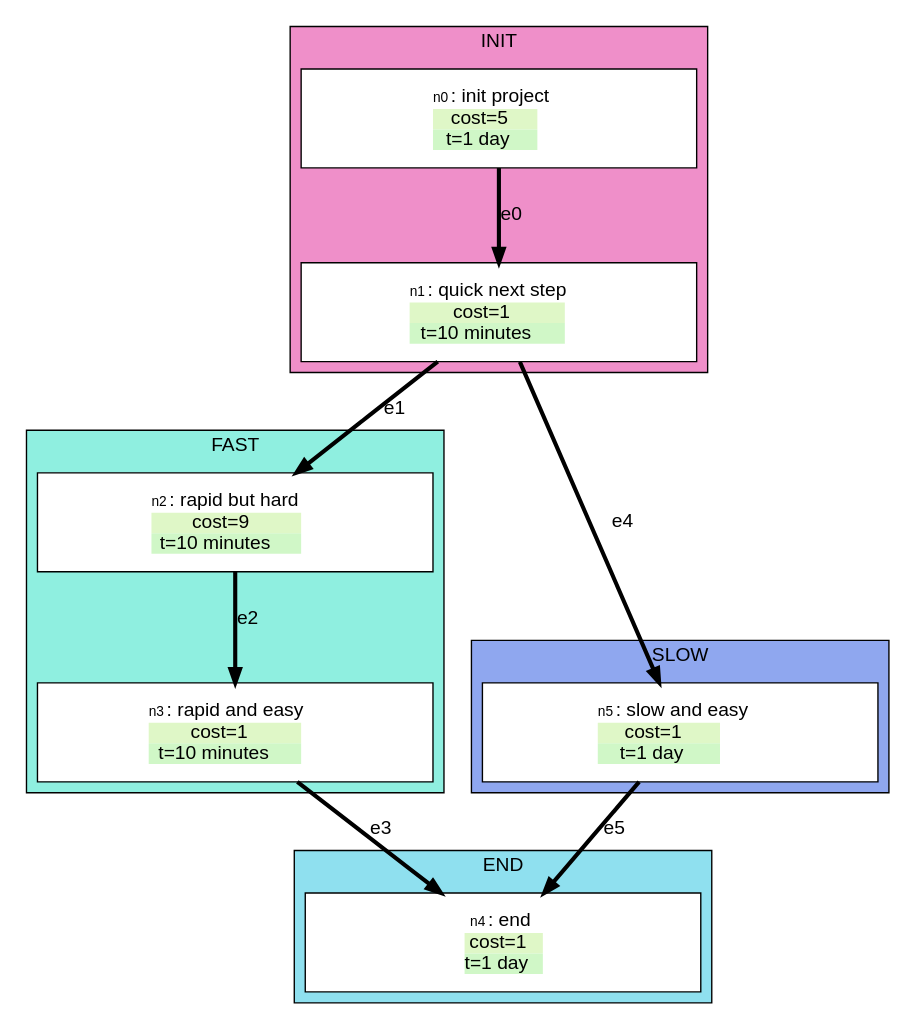
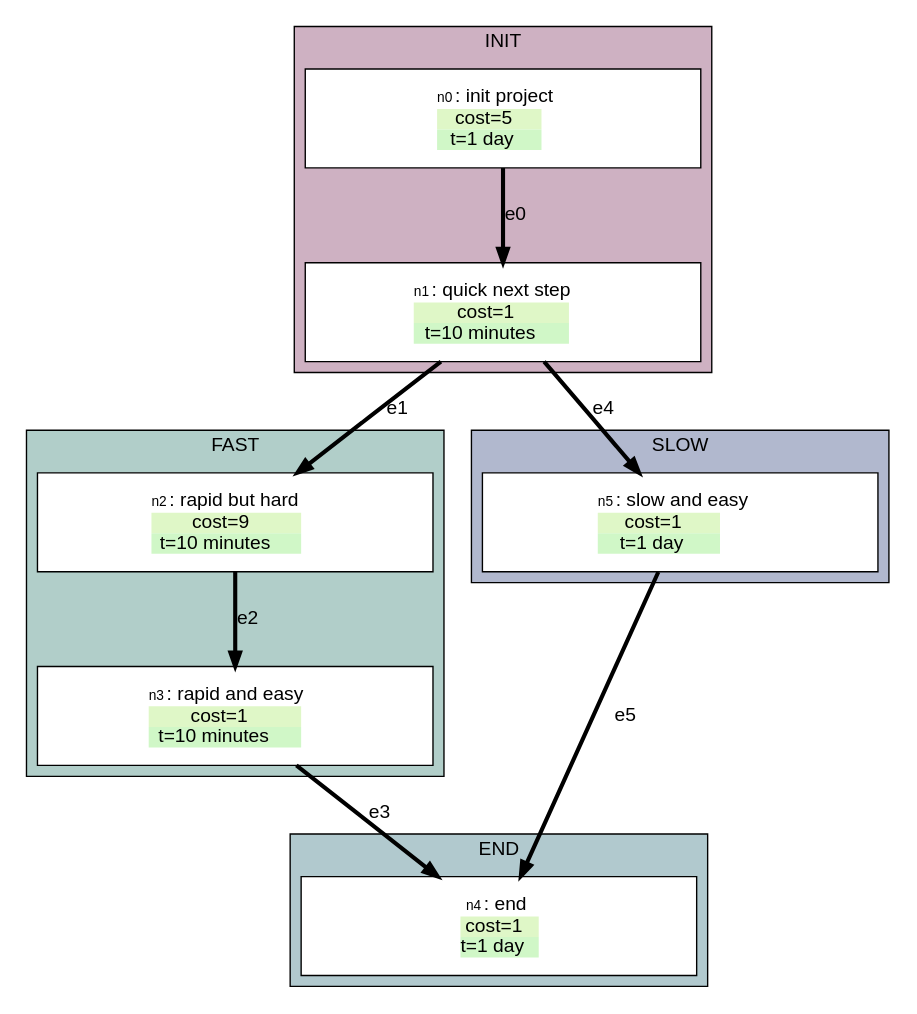
The diagram in examples/variables.dot (stevecooperorg/microdot), drawn with Graphviz before and after one commit. The commit also changed 13 other files, not shown here.

```diff
--- a/examples/variables.dot
+++ b/examples/variables.dot
@@ -1,133 +1,133 @@
 digraph {
 
     graph [fontname = "helvetica" rankdir="TB" ranksep=0.75 nodesep=0.5];
     node [fontname = "helvetica" shape = "box" width=2.5 style=filled];
     edge [fontname = "helvetica" penwidth=3 color="#000000"];
 
+  subgraph cluster_INIT {
+  label="INIT"
+  bgcolor="#CEB1C2"
+    n0 [width=4 height=1 label=< <TABLE BORDER="0" CELLPADDING="0" CELLSPACING="0">
+    <TR>
+        <TD COLSPAN="2"><FONT POINT-SIZE="10">n0</FONT>: init project</TD>
+    </TR>
+    
+        
+           <TR>
+<TD BGCOLOR="#DFF7C7"><FONT COLOR="#000000">cost=5</FONT></TD>
+</TR>
+        
+           <TR>
+<TD BGCOLOR="#D0F7C7"><FONT COLOR="#000000">t=1 day</FONT></TD>
+</TR>
+        
+    
+   </TABLE>
+> fillcolor="#FFFFFF"]
+    n1 [width=4 height=1 label=< <TABLE BORDER="0" CELLPADDING="0" CELLSPACING="0">
+    <TR>
+        <TD COLSPAN="2"><FONT POINT-SIZE="10">n1</FONT>: quick next step</TD>
+    </TR>
+    
+        
+           <TR>
+<TD BGCOLOR="#DFF7C7"><FONT COLOR="#000000">cost=1</FONT></TD>
+</TR>
+        
+           <TR>
+<TD BGCOLOR="#D0F7C7"><FONT COLOR="#000000">t=10 minutes</FONT></TD>
+</TR>
+        
+    
+   </TABLE>
+> fillcolor="#FFFFFF"]
+  }
+  subgraph cluster_SLOW {
+  label="SLOW"
+  bgcolor="#B1B8CE"
+    n5 [width=4 height=1 label=< <TABLE BORDER="0" CELLPADDING="0" CELLSPACING="0">
+    <TR>
+        <TD COLSPAN="2"><FONT POINT-SIZE="10">n5</FONT>: slow and easy</TD>
+    </TR>
+    
+        
+           <TR>
+<TD BGCOLOR="#DFF7C7"><FONT COLOR="#000000">cost=1</FONT></TD>
+</TR>
+        
+           <TR>
+<TD BGCOLOR="#D0F7C7"><FONT COLOR="#000000">t=1 day</FONT></TD>
+</TR>
+        
+    
+   </TABLE>
+> fillcolor="#FFFFFF"]
+  }
   subgraph cluster_FAST {
   label="FAST"
-  bgcolor="#8FEFE0"
+  bgcolor="#B1CEC9"
     n2 [width=4 height=1 label=< <TABLE BORDER="0" CELLPADDING="0" CELLSPACING="0">
     <TR>
         <TD COLSPAN="2"><FONT POINT-SIZE="10">n2</FONT>: rapid but hard</TD>
     </TR>
     
         
            <TR>
 <TD BGCOLOR="#DFF7C7"><FONT COLOR="#000000">cost=9</FONT></TD>
 </TR>
         
            <TR>
 <TD BGCOLOR="#D0F7C7"><FONT COLOR="#000000">t=10 minutes</FONT></TD>
 </TR>
         
     
    </TABLE>
 > fillcolor="#FFFFFF"]
     n3 [width=4 height=1 label=< <TABLE BORDER="0" CELLPADDING="0" CELLSPACING="0">
     <TR>
         <TD COLSPAN="2"><FONT POINT-SIZE="10">n3</FONT>: rapid and easy</TD>
     </TR>
     
         
            <TR>
 <TD BGCOLOR="#DFF7C7"><FONT COLOR="#000000">cost=1</FONT></TD>
 </TR>
         
            <TR>
 <TD BGCOLOR="#D0F7C7"><FONT COLOR="#000000">t=10 minutes</FONT></TD>
 </TR>
         
     
    </TABLE>
 > fillcolor="#FFFFFF"]
   }
   subgraph cluster_END {
   label="END"
-  bgcolor="#8FE0EF"
+  bgcolor="#B1C9CE"
     n4 [width=4 height=1 label=< <TABLE BORDER="0" CELLPADDING="0" CELLSPACING="0">
     <TR>
         <TD COLSPAN="2"><FONT POINT-SIZE="10">n4</FONT>: end</TD>
-    </TR>
-    
-        
-           <TR>
-<TD BGCOLOR="#DFF7C7"><FONT COLOR="#000000">cost=1</FONT></TD>
-</TR>
-        
-           <TR>
-<TD BGCOLOR="#D0F7C7"><FONT COLOR="#000000">t=1 day</FONT></TD>
-</TR>
-        
-    
-   </TABLE>
-> fillcolor="#FFFFFF"]
-  }
-  subgraph cluster_INIT {
-  label="INIT"
-  bgcolor="#EF8FC9"
-    n0 [width=4 height=1 label=< <TABLE BORDER="0" CELLPADDING="0" CELLSPACING="0">
-    <TR>
-        <TD COLSPAN="2"><FONT POINT-SIZE="10">n0</FONT>: init project</TD>
-    </TR>
-    
-        
-           <TR>
-<TD BGCOLOR="#DFF7C7"><FONT COLOR="#000000">cost=5</FONT></TD>
-</TR>
-        
-           <TR>
-<TD BGCOLOR="#D0F7C7"><FONT COLOR="#000000">t=1 day</FONT></TD>
-</TR>
-        
-    
-   </TABLE>
-> fillcolor="#FFFFFF"]
-    n1 [width=4 height=1 label=< <TABLE BORDER="0" CELLPADDING="0" CELLSPACING="0">
-    <TR>
-        <TD COLSPAN="2"><FONT POINT-SIZE="10">n1</FONT>: quick next step</TD>
-    </TR>
-    
-        
-           <TR>
-<TD BGCOLOR="#DFF7C7"><FONT COLOR="#000000">cost=1</FONT></TD>
-</TR>
-        
-           <TR>
-<TD BGCOLOR="#D0F7C7"><FONT COLOR="#000000">t=10 minutes</FONT></TD>
-</TR>
-        
-    
-   </TABLE>
-> fillcolor="#FFFFFF"]
-  }
-  subgraph cluster_SLOW {
-  label="SLOW"
-  bgcolor="#8FA7EF"
-    n5 [width=4 height=1 label=< <TABLE BORDER="0" CELLPADDING="0" CELLSPACING="0">
-    <TR>
-        <TD COLSPAN="2"><FONT POINT-SIZE="10">n5</FONT>: slow and easy</TD>
     </TR>
     
         
            <TR>
 <TD BGCOLOR="#DFF7C7"><FONT COLOR="#000000">cost=1</FONT></TD>
 </TR>
         
            <TR>
 <TD BGCOLOR="#D0F7C7"><FONT COLOR="#000000">t=1 day</FONT></TD>
 </TR>
         
     
    </TABLE>
 > fillcolor="#FFFFFF"]
   }
 
     "n0" -> "n1" [label="e0"];
     "n1" -> "n2" [label="e1"];
     "n2" -> "n3" [label="e2"];
     "n3" -> "n4" [label="e3"];
     "n1" -> "n5" [label="e4"];
     "n5" -> "n4" [label="e5"];
 
 }
```
